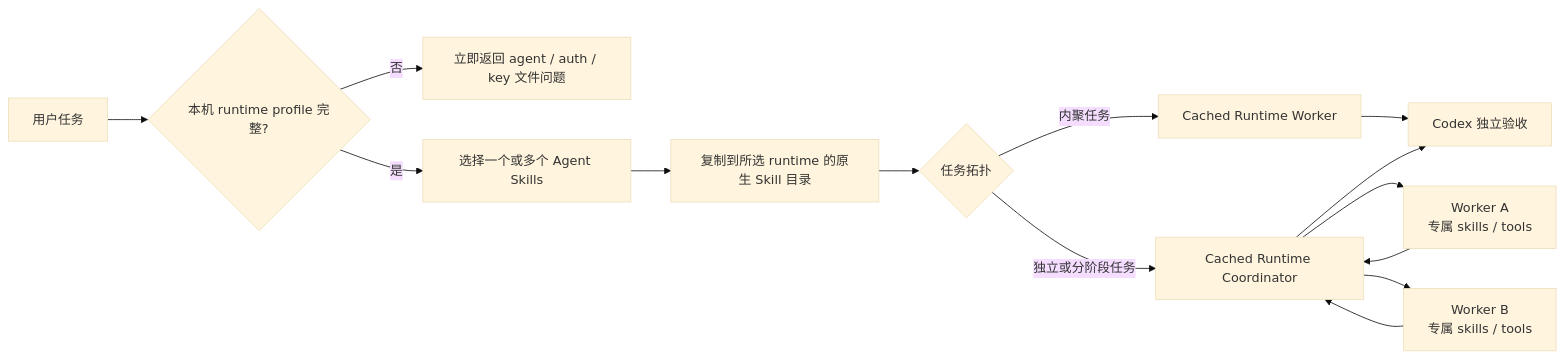
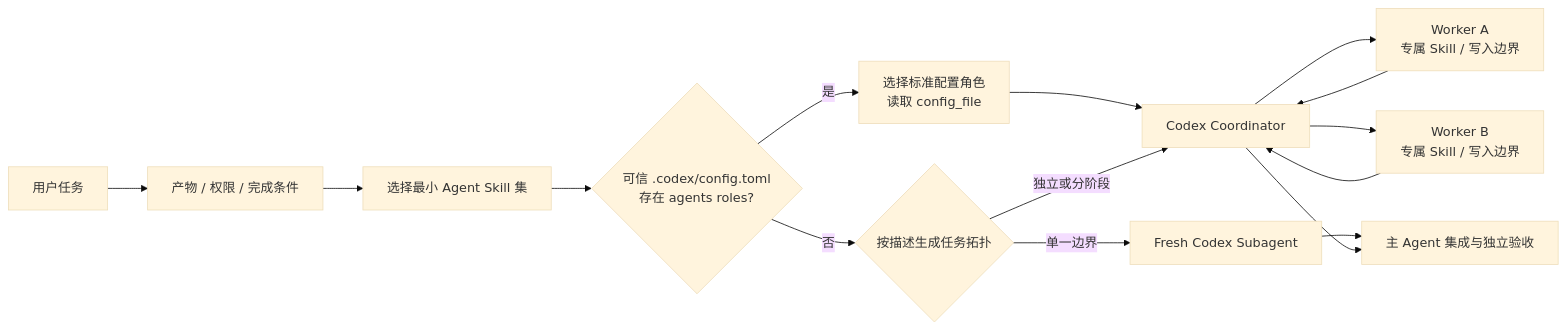
The second of 4 diagrams in skills/WORKFLOWS.md (qiulinfan/qiulinfan.github.io), drawn with Mermaid (base theme) before and after one commit. The commit also changed other lines of this file and 27 other files, not shown here.

Commit message:
agent 编排 skills

````diff
--- a/skills/WORKFLOWS.md
+++ b/skills/WORKFLOWS.md
@@ -26,16 +26,17 @@
 ```mermaid
 flowchart LR
-    Req["用户任务"] --> Profile{"本机 runtime profile 完整?"}
-    Profile -->|否| Ask["立即返回 agent / auth / key 文件问题"]
-    Profile -->|是| Pick["选择一个或多个 Agent Skills"]
-    Pick --> Stage["复制到所选 runtime 的原生 Skill 目录"]
-    Stage --> Shape{"任务拓扑"}
-    Shape -->|内聚任务| One["Cached Runtime Worker"]
-    Shape -->|独立或分阶段任务| Lead["Cached Runtime Coordinator"]
-    Lead --> A["Worker A<br/>专属 skills / tools"]
-    Lead --> B["Worker B<br/>专属 skills / tools"]
-    One --> Check["Codex 独立验收"]
+    Req["用户任务"] --> Contract["产物 / 权限 / 完成条件"]
+    Contract --> Pick["选择最小 Agent Skill 集"]
+    Pick --> Config{"可信 .codex/config.toml<br/>存在 agents roles?"}
+    Config -->|是| Roles["选择标准配置角色<br/>读取 config_file"]
+    Config -->|否| Shape{"按描述生成任务拓扑"}
+    Roles --> Lead["Codex Coordinator"]
+    Shape -->|单一边界| One["Fresh Codex Subagent"]
+    Shape -->|独立或分阶段| Lead
+    Lead --> A["Worker A<br/>专属 Skill / 写入边界"]
+    Lead --> B["Worker B<br/>专属 Skill / 写入边界"]
+    One --> Check["主 Agent 集成与独立验收"]
     A --> Lead
     B --> Lead
     Lead --> Check
 ```
````
